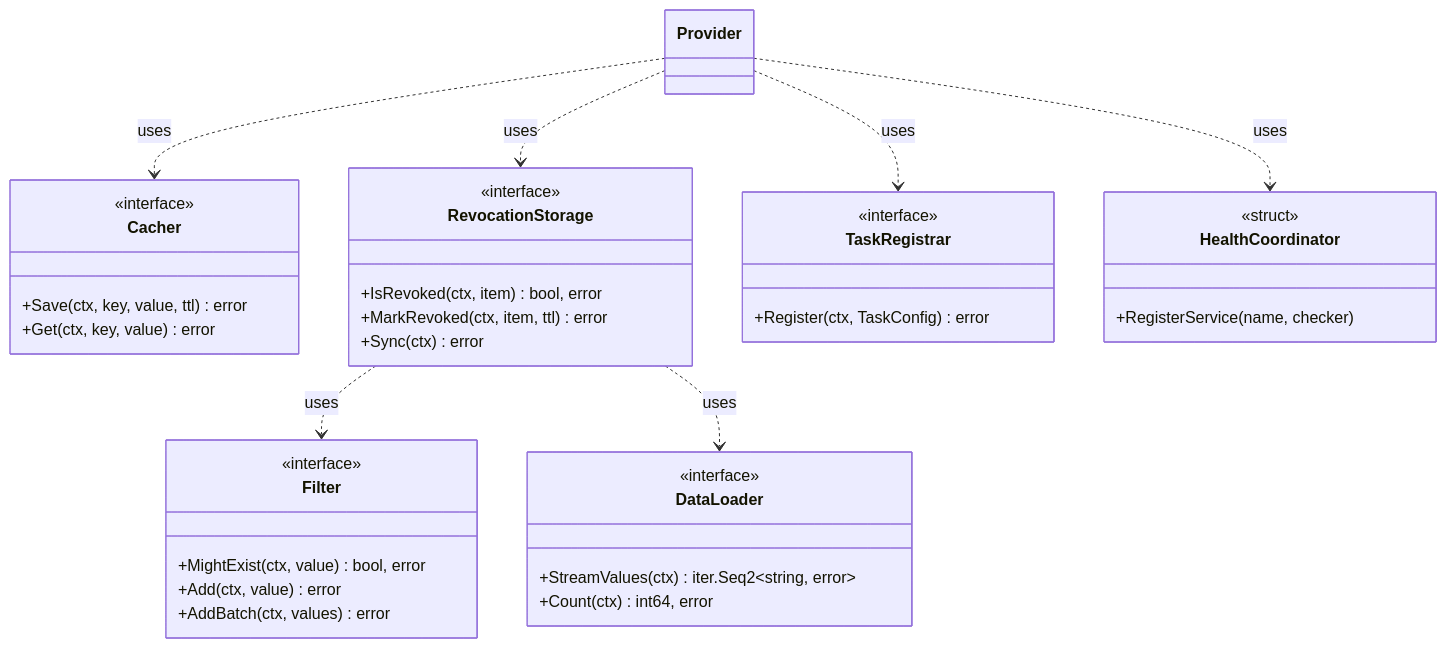
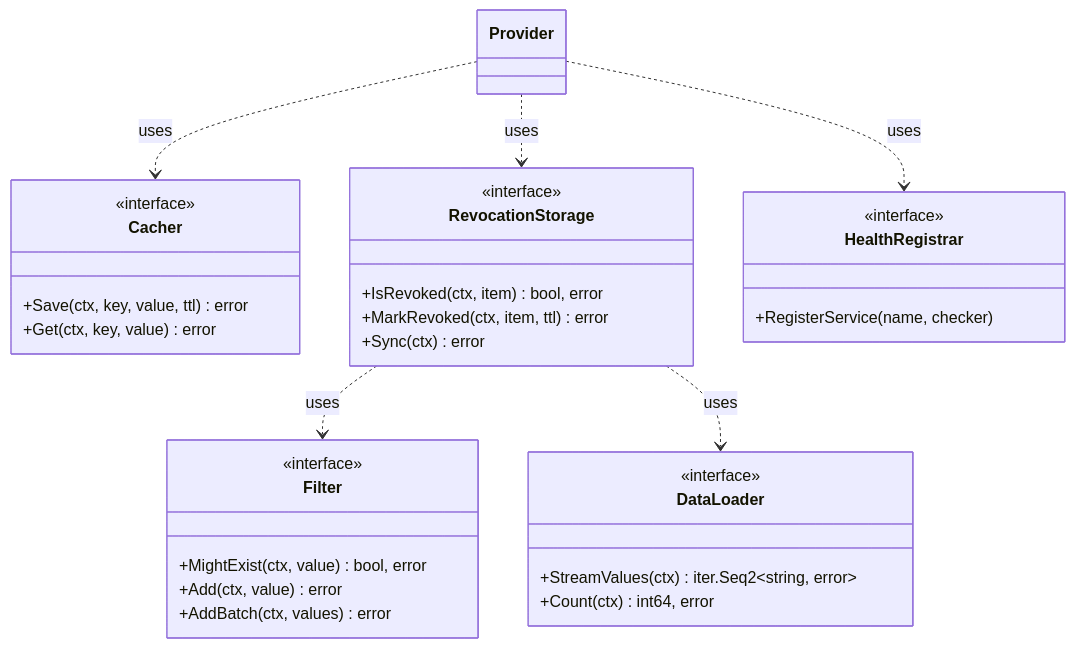
The third of 3 diagrams in docs/auth/oidc.md (altessa-s/go-atlas), drawn with Mermaid before and after one commit. The commit also changed other lines of this file and 314 other files, not shown here.

````diff
--- a/docs/auth/oidc.md
+++ b/docs/auth/oidc.md
@@ -185,45 +183,39 @@
 ```mermaid
 classDiagram
     class Cacher {
         <<interface>>
         +Save(ctx, key, value, ttl) error
         +Get(ctx, key, value) error
     }
 
     class RevocationStorage {
         <<interface>>
         +IsRevoked(ctx, item) bool, error
         +MarkRevoked(ctx, item, ttl) error
         +Sync(ctx) error
     }
 
-    class TaskRegistrar {
+    class HealthRegistrar {
         <<interface>>
-        +Register(ctx, TaskConfig) error
-    }
-
-    class HealthCoordinator {
-        <<struct>>
         +RegisterService(name, checker)
     }
 
     class Filter {
         <<interface>>
         +MightExist(ctx, value) bool, error
         +Add(ctx, value) error
         +AddBatch(ctx, values) error
     }
 
     class DataLoader {
         <<interface>>
         +StreamValues(ctx) iter.Seq2~string, error~
         +Count(ctx) int64, error
     }
 
     Provider ..> Cacher : uses
     Provider ..> RevocationStorage : uses
-    Provider ..> TaskRegistrar : uses
-    Provider ..> HealthCoordinator : uses
+    Provider ..> HealthRegistrar : uses
     RevocationStorage ..> Filter : uses
     RevocationStorage ..> DataLoader : uses
 ```
````
